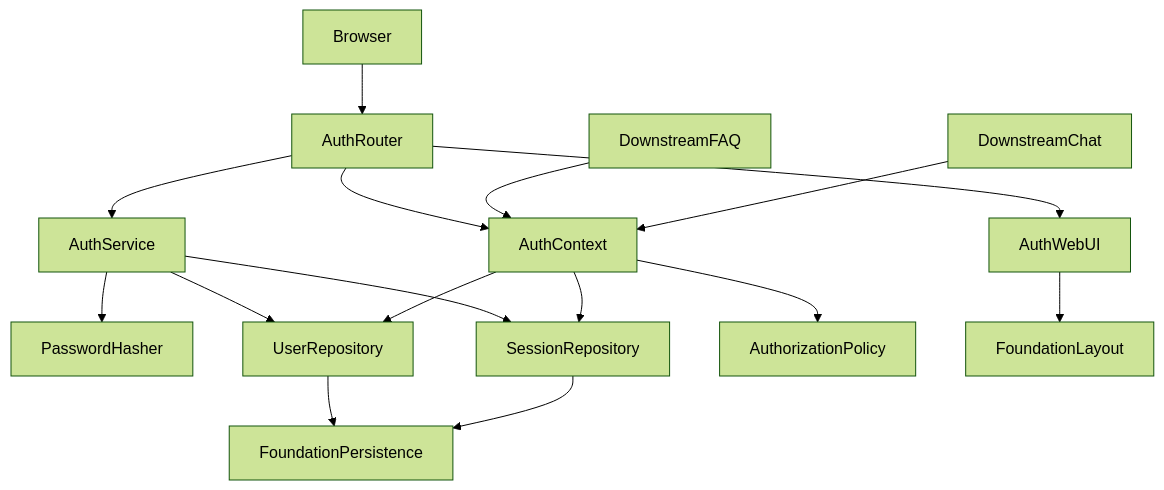
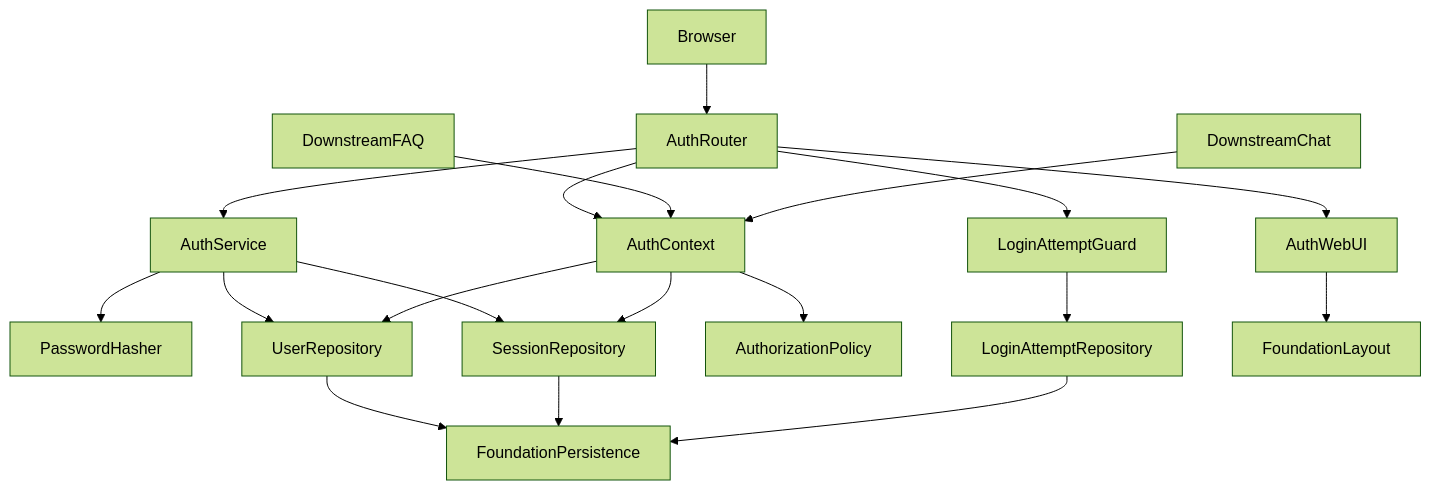
The first of 3 diagrams in .kiro/specs/local-user-authentication/design.md (iwamuratakashi/cc-sdd-workshop-team7-helpo), drawn with Mermaid (forest theme) before and after one commit. The commit also changed other lines of this file and 1 other file, not shown here.

````diff
--- a/.kiro/specs/local-user-authentication/design.md
+++ b/.kiro/specs/local-user-authentication/design.md
@@ -70,18 +73,21 @@
 ```mermaid
 graph TB
     Browser --> AuthRouter
     AuthRouter --> AuthService
     AuthRouter --> AuthContext
     AuthRouter --> AuthWebUI
+    AuthRouter --> LoginAttemptGuard
     AuthService --> PasswordHasher
     AuthService --> UserRepository
     AuthService --> SessionRepository
     AuthContext --> SessionRepository
     AuthContext --> UserRepository
     AuthContext --> AuthorizationPolicy
     UserRepository --> FoundationPersistence
     SessionRepository --> FoundationPersistence
+    LoginAttemptGuard --> LoginAttemptRepository
+    LoginAttemptRepository --> FoundationPersistence
     AuthWebUI --> FoundationLayout
     DownstreamFAQ --> AuthContext
     DownstreamChat --> AuthContext
 ```
````
